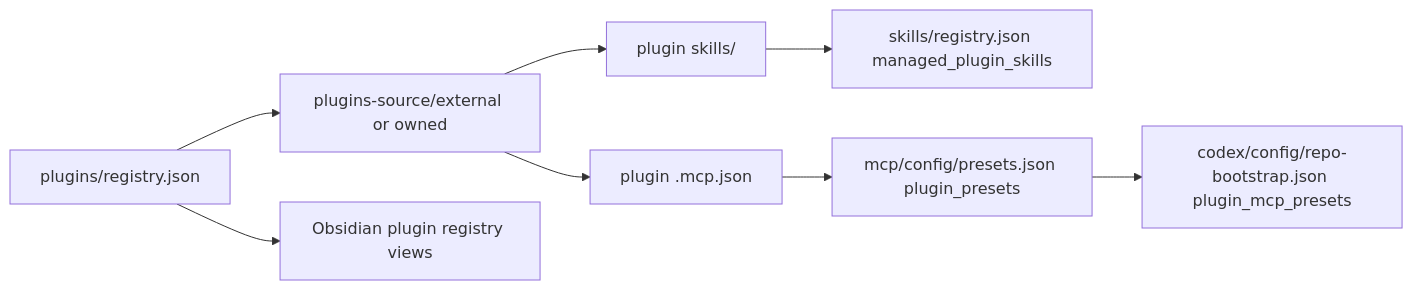
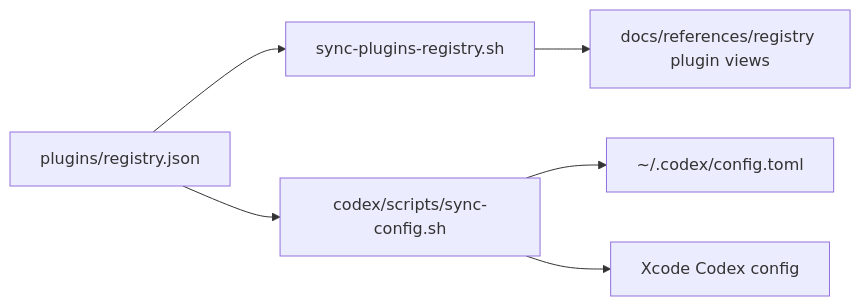
The diagram in docs/references/plugins-registry.md (wisdom-in-a-nutshell/.agents), drawn with Mermaid before and after one commit. The commit also changed other lines of this file and 46 other files, not shown here.

````diff
--- a/docs/references/plugins-registry.md
+++ b/docs/references/plugins-registry.md
@@ -17,10 +13,8 @@
 ```mermaid
 flowchart LR
-    A[plugins/registry.json] --> B[plugins-source/external or owned]
-    A --> C[Obsidian plugin registry views]
-    B --> D[plugin skills/]
-    B --> E[plugin .mcp.json]
-    D --> F[skills/registry.json managed_plugin_skills]
-    E --> G[mcp/config/presets.json plugin_presets]
-    G --> H[codex/config/repo-bootstrap.json plugin_mcp_presets]
+    A[plugins/registry.json] --> B[sync-plugins-registry.sh]
+    A --> C[codex/scripts/sync-config.sh]
+    B --> D[docs/references/registry plugin views]
+    C --> E[~/.codex/config.toml]
+    C --> F[Xcode Codex config]
 ```
````
